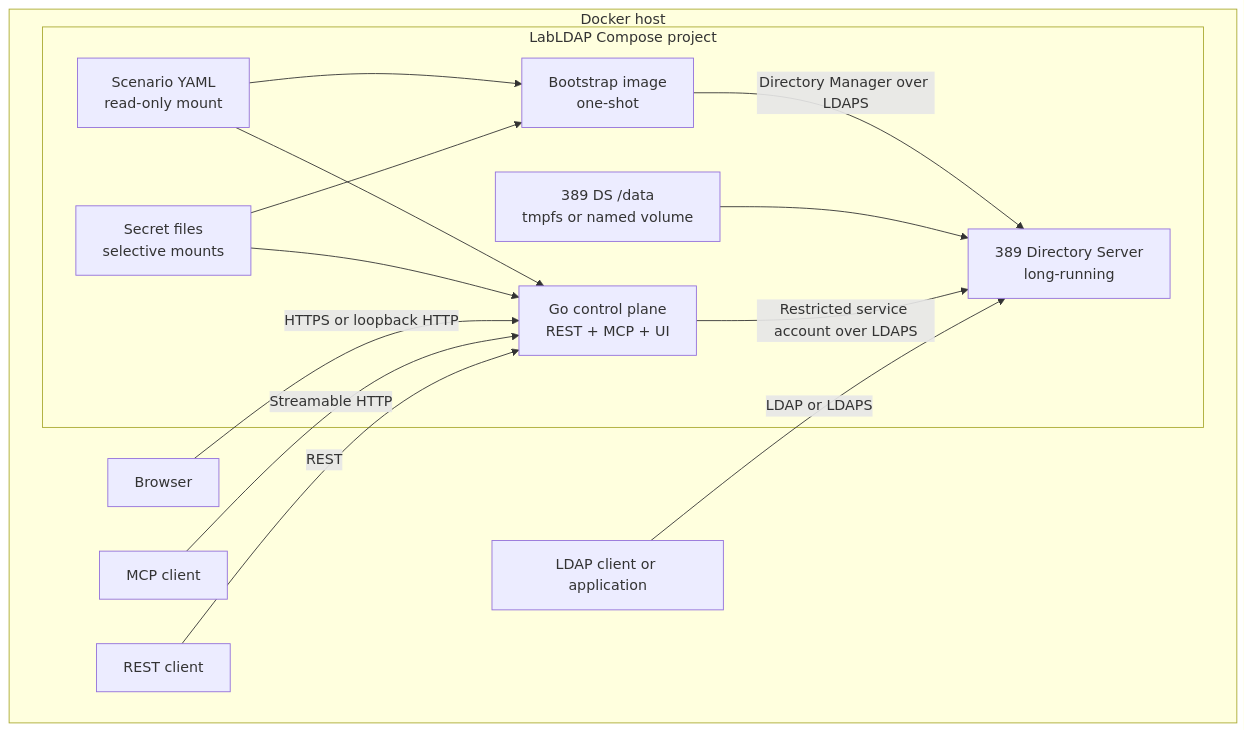
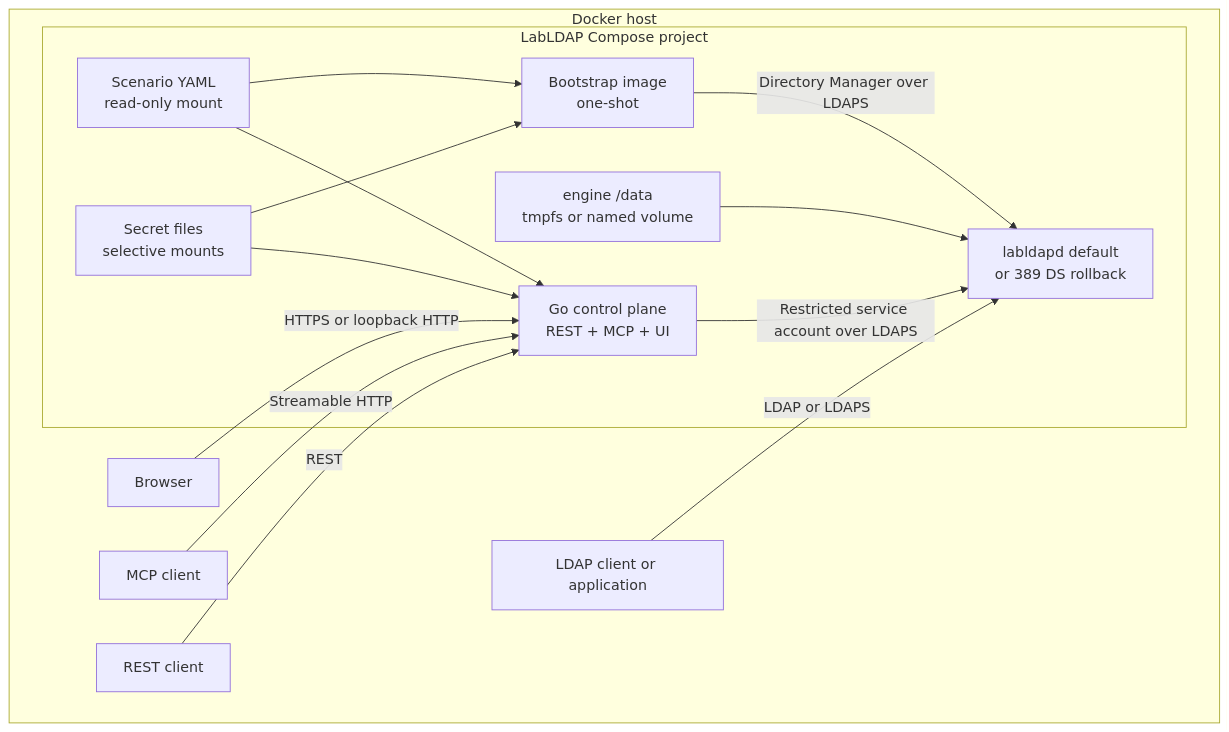
Before and after one commit to hilather/go-lab-ldap-mcp: the second of 9 diagrams in docs/01-system-architecture.md, drawn with Mermaid. The commit also changed other lines of this file and 44 other files, not shown here.

Commit message:
config: default spec.directory.engine to native

````diff
--- a/docs/01-system-architecture.md
+++ b/docs/01-system-architecture.md
@@ -44,30 +44,30 @@
 ```mermaid
 flowchart TB
     subgraph Host[Docker host]
         Browser[Browser]
         MCPClient[MCP client]
         RESTClient[REST client]
         LDAPClient[LDAP client or application]
 
         subgraph Compose[LabLDAP Compose project]
-            Directory[389 Directory Server\nlong-running]
+            Directory[labldapd default\nor 389 DS rollback]
             Bootstrap[Bootstrap image\none-shot]
             Control[Go control plane\nREST + MCP + UI]
             Config[Scenario YAML\nread-only mount]
             Secrets[Secret files\nselective mounts]
-            State[389 DS /data\ntmpfs or named volume]
+            State[engine /data\ntmpfs or named volume]
         end
     end
 
     Config --> Bootstrap
     Secrets --> Bootstrap
     Bootstrap -->|Directory Manager over LDAPS| Directory
     State --> Directory
     Config --> Control
     Secrets --> Control
     Control -->|Restricted service account over LDAPS| Directory
     Browser -->|HTTPS or loopback HTTP| Control
     MCPClient -->|Streamable HTTP| Control
     RESTClient -->|REST| Control
     LDAPClient -->|LDAP or LDAPS| Directory
 ```
````
